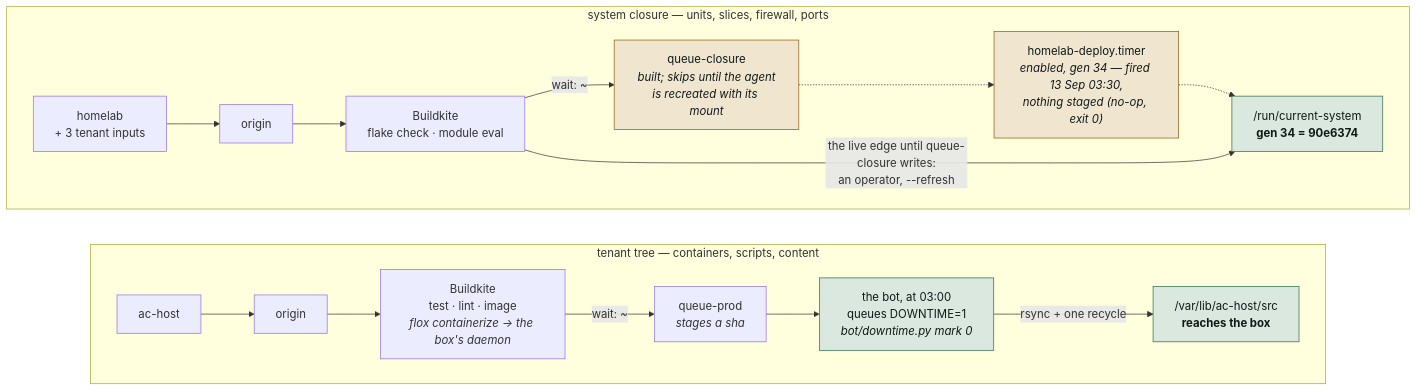
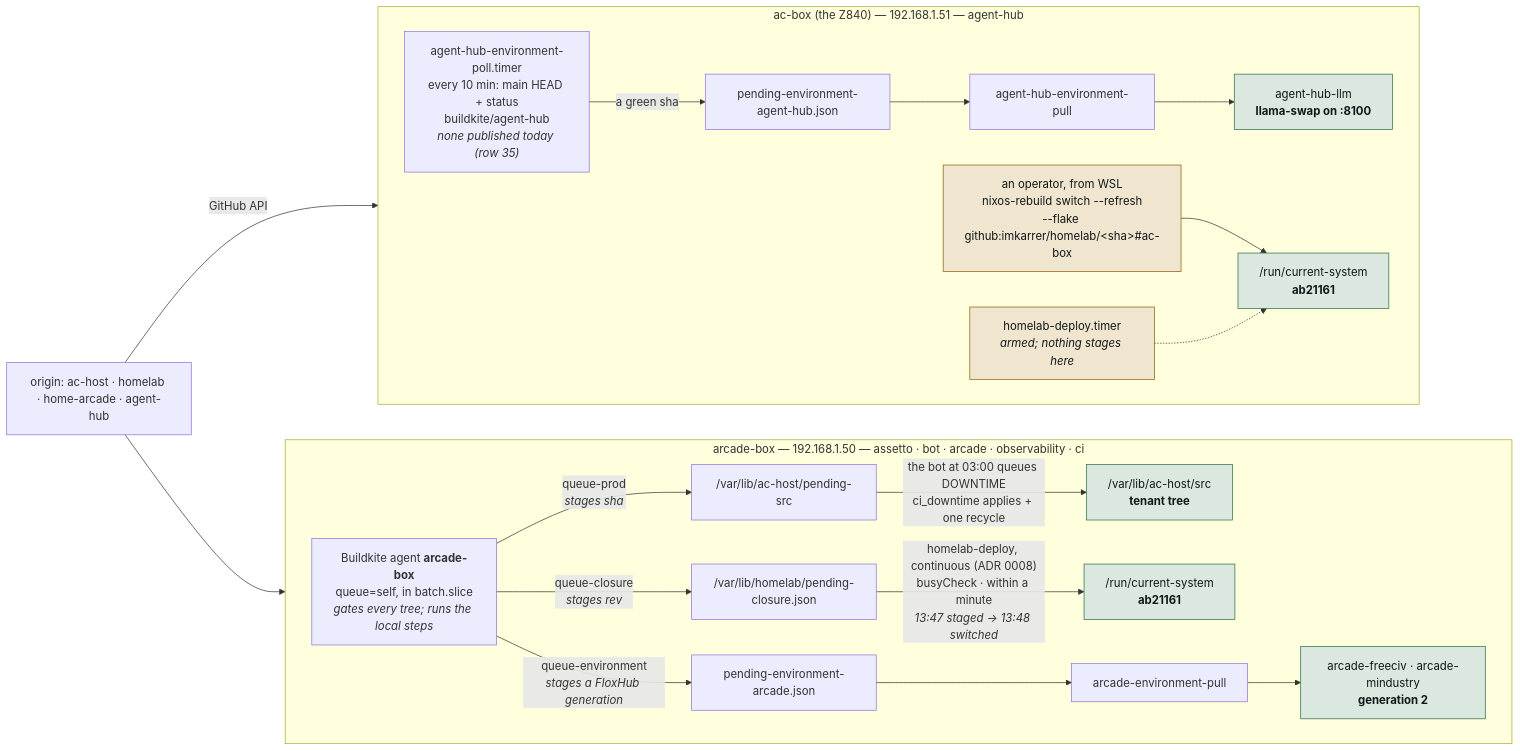
Before and after one commit to imkarrer/homelab: the second of 5 diagrams in docs/architecture.md, drawn with Mermaid. The commit also changed other lines of this file and 5 other files, not shown here.

````diff
--- a/docs/architecture.md
+++ b/docs/architecture.md
@@ -62,28 +71,30 @@
 ```mermaid
 flowchart LR
-    subgraph TENANT ["tenant tree — containers, scripts, content"]
+    subgraph ARC ["arcade-box — 192.168.1.50 — assetto · bot · arcade · observability · ci"]
         direction LR
-        A1["ac-host"] --> A2["origin"]
-        A2 --> A3["Buildkite<br/>test · lint · image<br/><i>flox containerize → the box's daemon</i>"]
-        A3 -- "wait: ~" --> A4["queue-prod<br/><i>stages a sha</i>"]
-        A4 --> A5["the bot, at 03:00<br/>queues DOWNTIME=1<br/><i>bot/downtime.py mark 0</i>"]
-        A5 -- "rsync + one recycle" --> A6["/var/lib/ac-host/src<br/><b>reaches the box</b>"]
+        AG["Buildkite agent <b>arcade-box</b><br/>queue=self, in batch.slice<br/><i>gates every tree; runs the local steps</i>"]
+        AG -- "queue-prod<br/><i>stages sha</i>" --> A4["/var/lib/ac-host/pending-src"]
+        A4 -- "the bot at 03:00 queues DOWNTIME<br/>ci_downtime applies + one recycle" --> A6["/var/lib/ac-host/src<br/><b>tenant tree</b>"]
+        AG -- "queue-closure<br/><i>stages rev</i>" --> B4["/var/lib/homelab/pending-closure.json"]
+        B4 -- "homelab-deploy, continuous (ADR 0008)<br/>busyCheck · within a minute<br/><i>13:47 staged → 13:48 switched</i>" --> B6["/run/current-system<br/><b>ab21161</b>"]
+        AG -- "queue-environment<br/><i>stages a FloxHub generation</i>" --> C4["pending-environment-arcade.json"]
+        C4 --> C5["arcade-environment-pull"] --> C6["arcade-freeciv · arcade-mindustry<br/><b>generation 2</b>"]
     end
 
-    subgraph CLOSURE ["system closure — units, slices, firewall, ports"]
+    subgraph Z ["ac-box (the Z840) — 192.168.1.51 — agent-hub"]
         direction LR
-        B1["homelab<br/>+ 3 tenant inputs"] --> B2["origin"]
-        B2 --> B3["Buildkite<br/>flake check · module eval"]
-        B3 -- "wait: ~" --> B4["queue-closure<br/><i>built; skips until the agent<br/>is recreated with its mount</i>"]
-        B4 -.-> B5["homelab-deploy.timer<br/><i>enabled, gen 34 — fired 13 Sep 03:30,<br/>nothing staged (no-op, exit 0)</i>"]
-        B5 -.-> B6["/run/current-system<br/><b>gen 34 = 90e6374</b>"]
-        B3 -- "the live edge until queue-closure writes:<br/>an operator, --refresh" --> B6
+        D4["agent-hub-environment-poll.timer<br/>every 10 min: main HEAD + status<br/>buildkite/agent-hub<br/><i>none published today (row 35)</i>"]
+        D4 -- "a green sha" --> D5["pending-environment-agent-hub.json"]
+        D5 --> D6["agent-hub-environment-pull"] --> D7["agent-hub-llm<br/><b>llama-swap on :8100</b>"]
+        OP["an operator, from WSL<br/>nixos-rebuild switch --refresh<br/>--flake github:imkarrer/homelab/&lt;sha&gt;#ac-box"] --> Z6["/run/current-system<br/><b>ab21161</b>"]
+        ZT["homelab-deploy.timer<br/><i>armed; nothing stages here</i>"] -.-> Z6
     end
 
+    ORIGIN["origin: ac-host · homelab · home-arcade · agent-hub"] --> AG
+    ORIGIN -- "GitHub API" --> D4
+
     classDef ok fill:#dae8df,stroke:#2c6b4b,color:#101819;
-    classDef gap fill:#f0dcda,stroke:#8f2f29,color:#101819;
-    classDef pend fill:#f0e6d0,stroke:#8d5c0c,color:#101819;
-    class A5,A6 ok;
-    class B4,B5 pend;
-    class B6 ok;
+    classDef hand fill:#f0e6d0,stroke:#8d5c0c,color:#101819;
+    class A6,B6,C6,D7,Z6 ok;
+    class OP,ZT hand;
 ```
````
